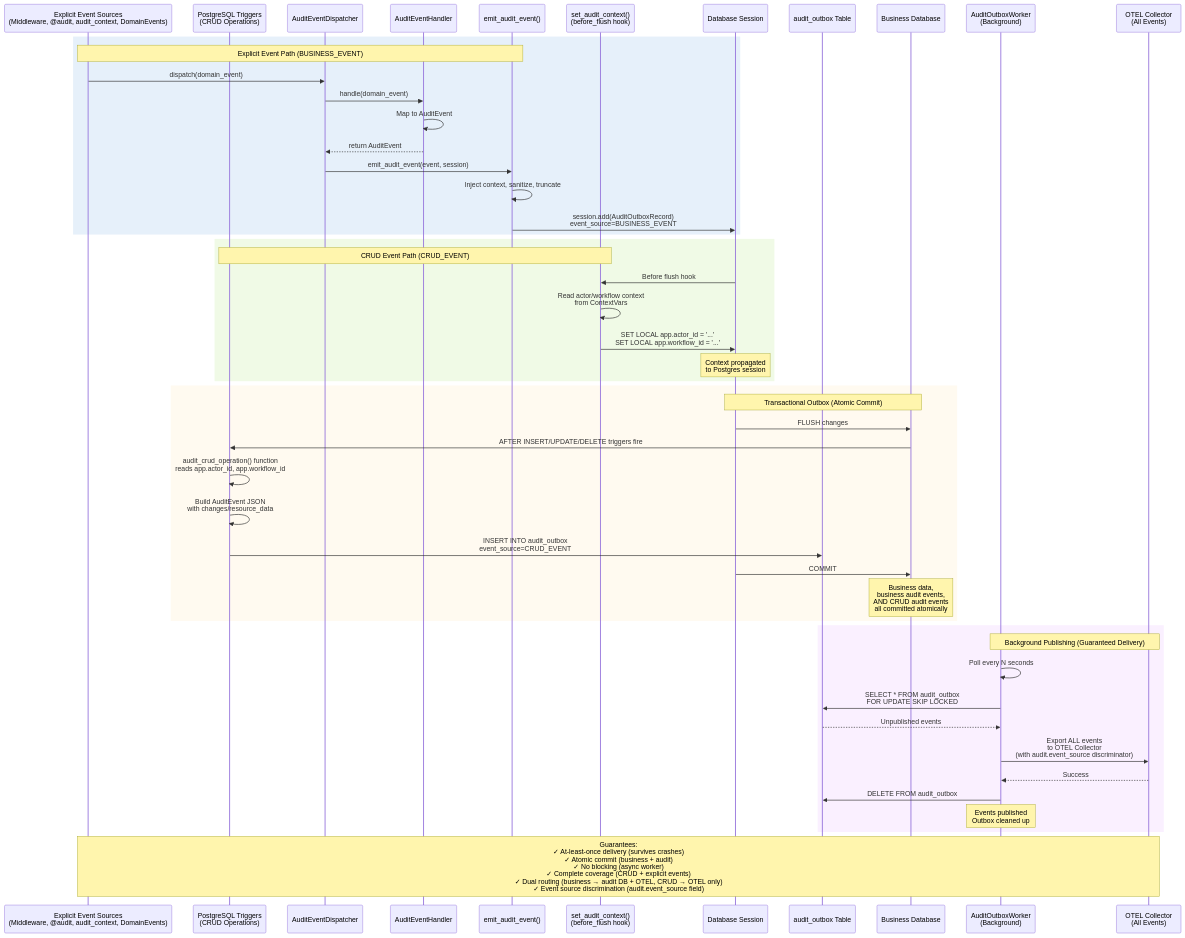
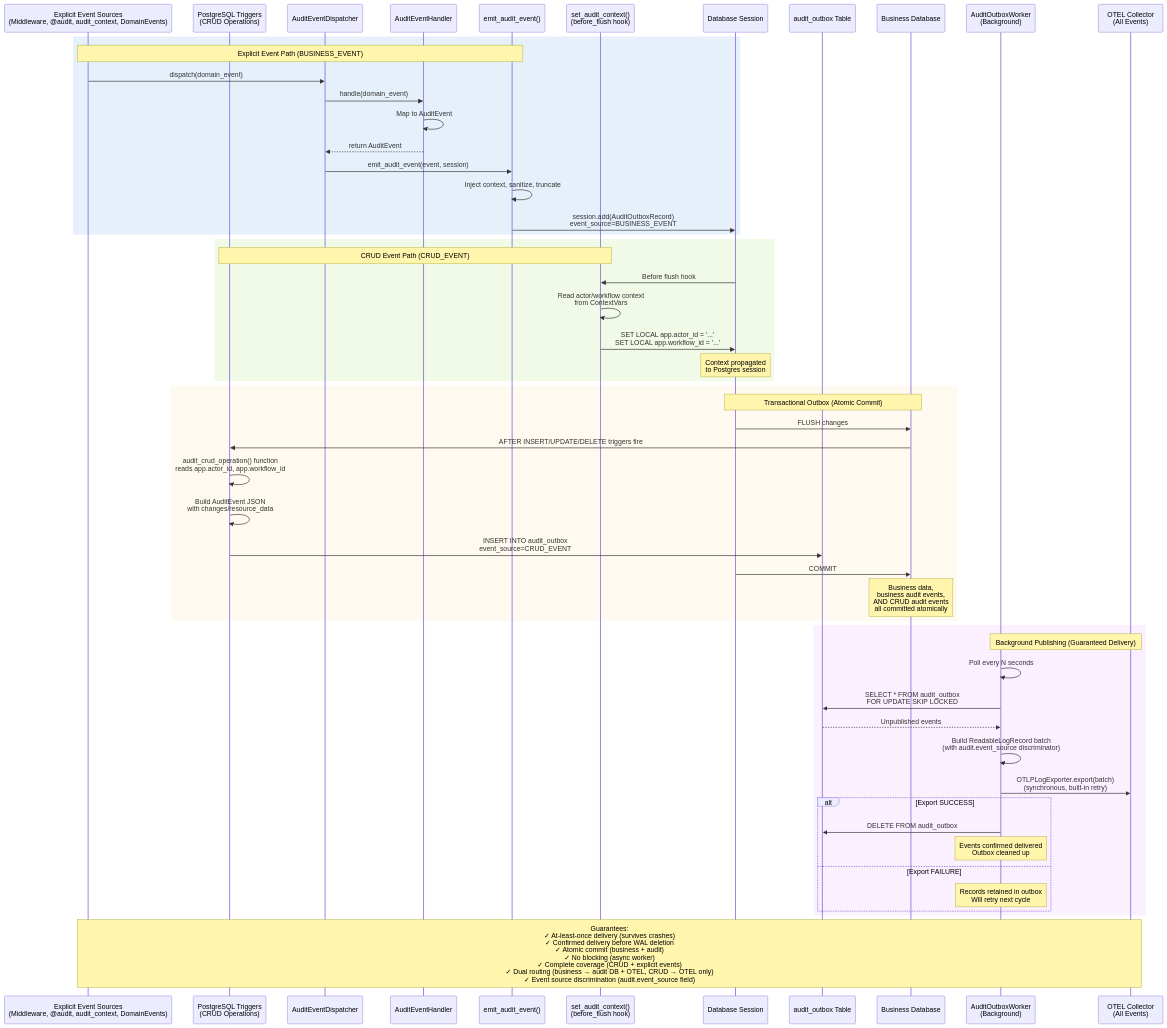
The fourth of 8 diagrams in backend/docs/audit.md (alinabuzachis/syntara), drawn with Mermaid before and after one commit. The commit also changed other lines of this file and 18 other files, not shown here.

First line of the commit message:
fix: AAP-83653: Event delivery WAL deleted before OTEL batch flush - silent event loss on crash (#965)

````diff
--- a/backend/docs/audit.md
+++ b/backend/docs/audit.md
@@ -257,59 +257,63 @@
 ```mermaid
 sequenceDiagram
     participant Source1 as Explicit Event Sources<br/>(Middleware, @audit, audit_context, DomainEvents)
     participant Source2 as PostgreSQL Triggers<br/>(CRUD Operations)
     participant Dispatcher as AuditEventDispatcher
     participant Handler as AuditEventHandler
     participant Emitter as emit_audit_event()
     participant BeforeFlush as set_audit_context()<br/>(before_flush hook)
     participant Session as Database Session
     participant Outbox as audit_outbox Table
     participant BusinessDB as Business Database
     participant Worker as AuditOutboxWorker<br/>(Background)
     participant OTEL as OTEL Collector<br/>(All Events)
 
     rect rgb(230, 240, 250)
         Note over Source1,Emitter: Explicit Event Path (BUSINESS_EVENT)
         Source1->>Dispatcher: dispatch(domain_event)
         Dispatcher->>Handler: handle(domain_event)
         Handler->>Handler: Map to AuditEvent
         Handler-->>Dispatcher: return AuditEvent
         Dispatcher->>Emitter: emit_audit_event(event, session)
         Emitter->>Emitter: Inject context, sanitize, truncate
         Emitter->>Session: session.add(AuditOutboxRecord)<br/>event_source=BUSINESS_EVENT
     end
 
     rect rgb(240, 250, 230)
         Note over Source2,BeforeFlush: CRUD Event Path (CRUD_EVENT)
         Session->>BeforeFlush: Before flush hook
         BeforeFlush->>BeforeFlush: Read actor/workflow context<br/>from ContextVars
         BeforeFlush->>Session: SET LOCAL app.actor_id = '...'<br/>SET LOCAL app.workflow_id = '...'
         Note over Session: Context propagated<br/>to Postgres session
     end
 
     rect rgb(255, 250, 240)
         Note over Session,BusinessDB: Transactional Outbox (Atomic Commit)
         Session->>BusinessDB: FLUSH changes
         BusinessDB->>Source2: AFTER INSERT/UPDATE/DELETE triggers fire
         Source2->>Source2: audit_crud_operation() function<br/>reads app.actor_id, app.workflow_id
         Source2->>Source2: Build AuditEvent JSON<br/>with changes/resource_data
         Source2->>Outbox: INSERT INTO audit_outbox<br/>event_source=CRUD_EVENT
         Session->>BusinessDB: COMMIT
         Note over BusinessDB: Business data,<br/>business audit events,<br/>AND CRUD audit events<br/>all committed atomically
     end
 
     rect rgb(250, 240, 255)
         Note over Worker,OTEL: Background Publishing (Guaranteed Delivery)
         Worker->>Worker: Poll every N seconds
         Worker->>Outbox: SELECT * FROM audit_outbox<br/>FOR UPDATE SKIP LOCKED
         Outbox-->>Worker: Unpublished events
 
-        Worker->>OTEL: Export ALL events<br/>to OTEL Collector<br/>(with audit.event_source discriminator)
-        OTEL-->>Worker: Success
+        Worker->>Worker: Build ReadableLogRecord batch<br/>(with audit.event_source discriminator)
+        Worker->>OTEL: OTLPLogExporter.export(batch)<br/>(synchronous, built-in retry)
 
-        Worker->>Outbox: DELETE FROM audit_outbox
-        Note over Worker: Events published<br/>Outbox cleaned up
+        alt Export SUCCESS
+            Worker->>Outbox: DELETE FROM audit_outbox
+            Note over Worker: Events confirmed delivered<br/>Outbox cleaned up
+        else Export FAILURE
+            Note over Worker: Records retained in outbox<br/>Will retry next cycle
+        end
     end
 
-    Note over Source1,OTEL: Guarantees:<br/>✓ At-least-once delivery (survives crashes)<br/>✓ Atomic commit (business + audit)<br/>✓ No blocking (async worker)<br/>✓ Complete coverage (CRUD + explicit events)<br/>✓ Dual routing (business → audit DB + OTEL, CRUD → OTEL only)<br/>✓ Event source discrimination (audit.event_source field)
+    Note over Source1,OTEL: Guarantees:<br/>✓ At-least-once delivery (survives crashes)<br/>✓ Confirmed delivery before WAL deletion<br/>✓ Atomic commit (business + audit)<br/>✓ No blocking (async worker)<br/>✓ Complete coverage (CRUD + explicit events)<br/>✓ Dual routing (business → audit DB + OTEL, CRUD → OTEL only)<br/>✓ Event source discrimination (audit.event_source field)
 ```
````
